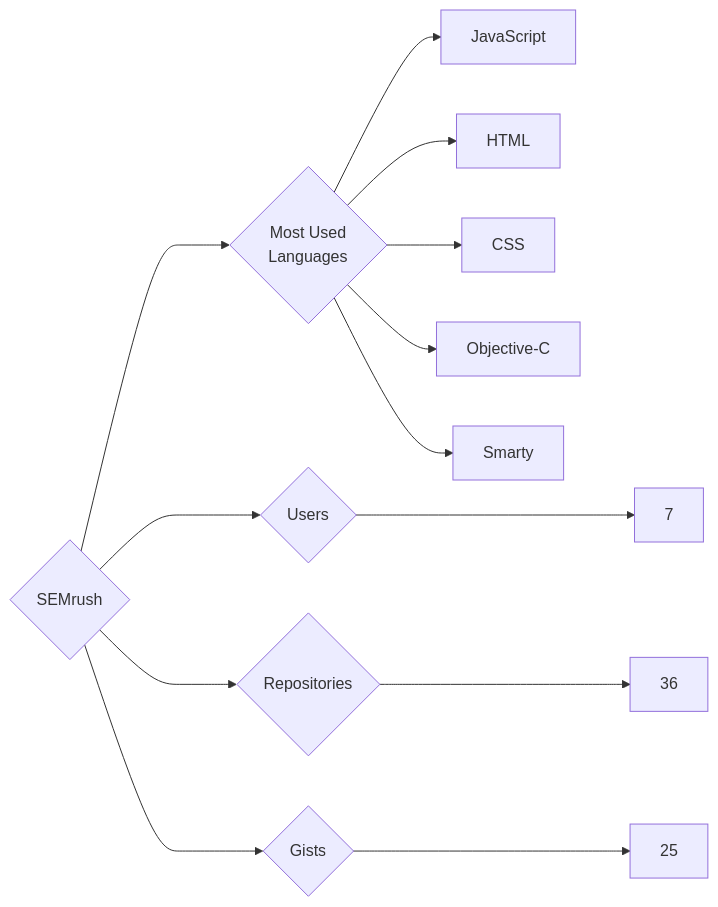
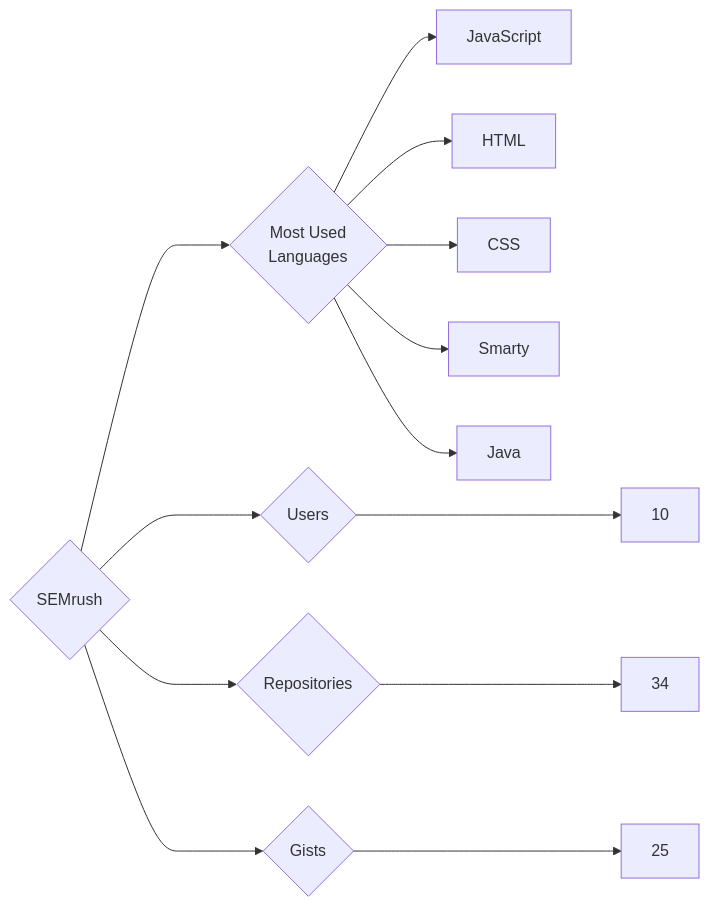
Before and after one commit to trickest/insiders: the diagram in targets/SEMrush/README.md, drawn with Mermaid. The commit also changed 582 other files, not shown here.

````diff
--- a/targets/SEMrush/README.md
+++ b/targets/SEMrush/README.md
@@ -3,13 +3,13 @@
 ```mermaid
 graph LR
 COMPANY_NAME{SEMrush}
-COMPANY_NAME ---> U{Users} ---> UN[7]
-COMPANY_NAME ---> R{Repositories} ---> RN[36]
+COMPANY_NAME ---> U{Users} ---> UN[10]
+COMPANY_NAME ---> R{Repositories} ---> RN[34]
 COMPANY_NAME ---> G{Gists} ---> GN[25]
 COMPANY_NAME ---> ML{Most Used<br>Languages}
 ML --> JavaScript[JavaScript]
 ML --> HTML[HTML]
 ML --> CSS[CSS]
-ML --> Objective-C[Objective-C]
 ML --> Smarty[Smarty]
+ML --> Java[Java]
 ```
````
